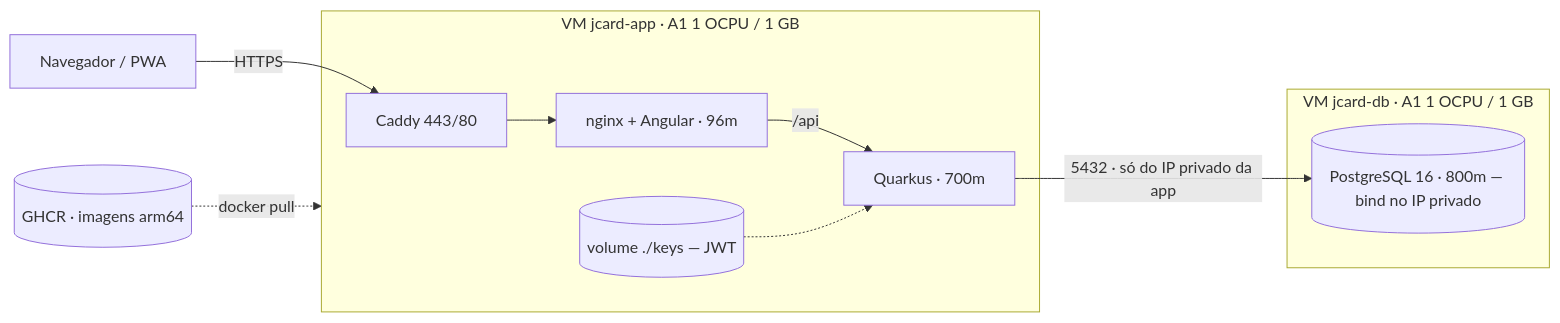
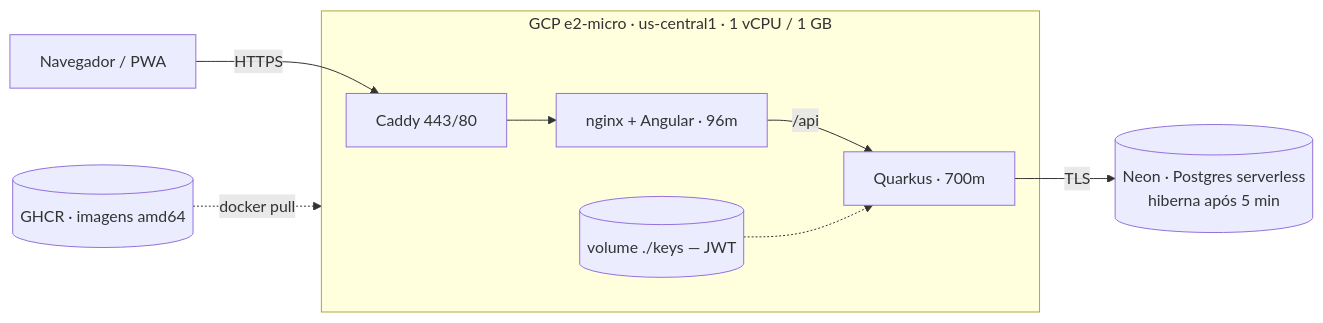
The diagram in docs/topologia.md (daniloav/jcardapp), drawn with Mermaid before and after one commit. The commit also changed other lines of this file and 13 other files, not shown here.

````diff
--- a/docs/topologia.md
+++ b/docs/topologia.md
@@ -6,14 +6,11 @@
 ```mermaid
 flowchart LR
   U[Navegador / PWA] -->|HTTPS| CADDY
-  subgraph APP["VM jcard-app · A1 1 OCPU / 1 GB"]
+  subgraph VM["GCP e2-micro · us-central1 · 1 vCPU / 1 GB"]
     CADDY[Caddy 443/80] --> FE[nginx + Angular · 96m]
     FE -->|/api| BE[Quarkus · 700m]
     KEYS[("volume ./keys — JWT")] -.-> BE
   end
-  subgraph DB["VM jcard-db · A1 1 OCPU / 1 GB"]
-    PG[("PostgreSQL 16 · 800m — bind no IP privado")]
-  end
-  BE -->|"5432 · só do IP privado da app"| PG
-  GHCR[("GHCR · imagens arm64")] -.->|docker pull| APP
+  BE -->|TLS| NEON[("Neon · Postgres serverless<br/>hiberna após 5 min")]
+  GHCR[("GHCR · imagens amd64")] -.->|docker pull| VM
 ```
````
